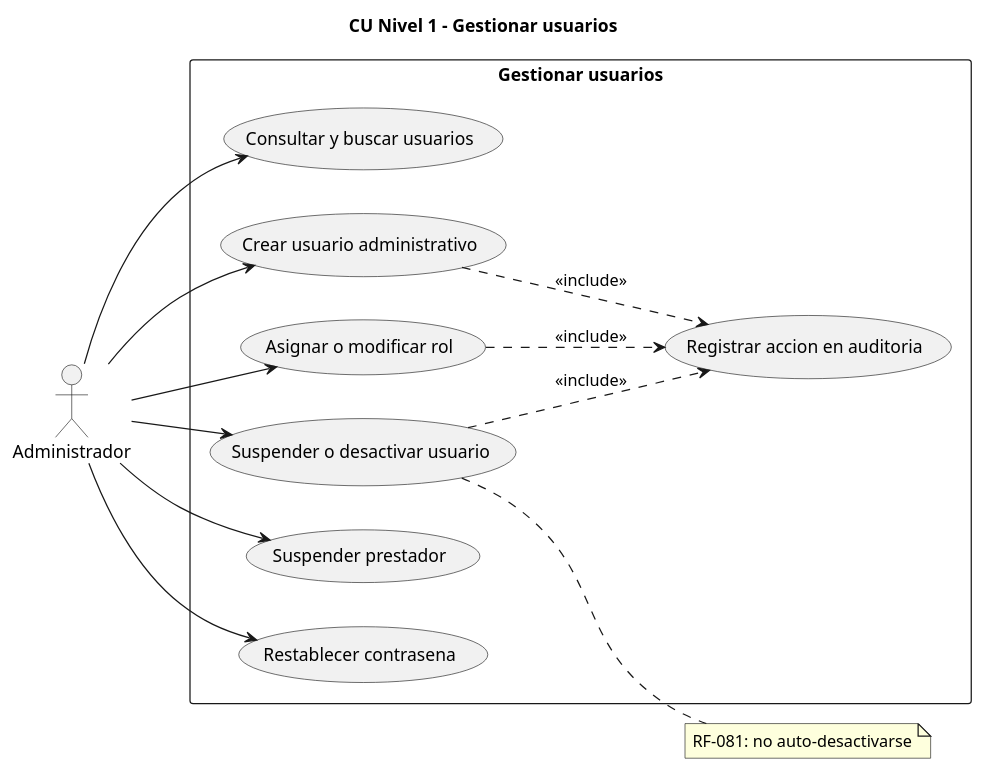
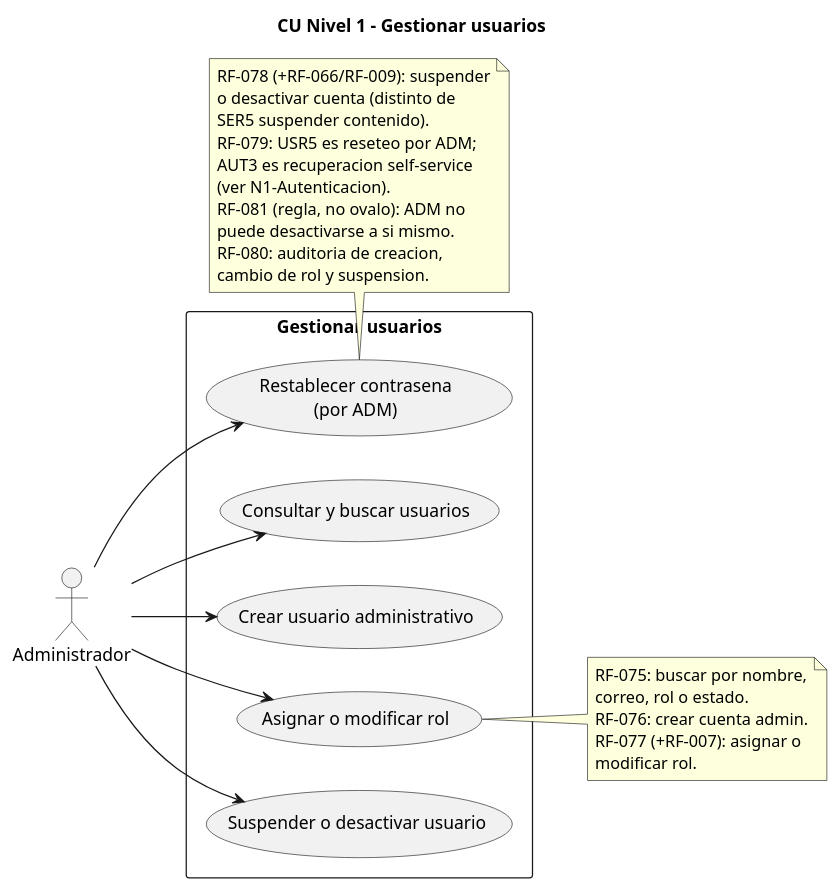
One commit to sebastianCavadia/turismo-santa-marta changed the diagram in docs/02_requisitos/puml/cu-n1-usuarios.puml. Above: the diagram before and after it, drawn with PlantUML. The commit also changed 33 other files, not shown here.

```diff
--- a/docs/02_requisitos/puml/cu-n1-usuarios.puml
+++ b/docs/02_requisitos/puml/cu-n1-usuarios.puml
@@ -1,32 +1,46 @@
 @startuml CU-N1-Usuarios
-' Nivel 1 - Expande: Gestionar usuarios
+' Nivel 1 - Expande: Gestionar usuarios (CU_U)
+' Trazabilidad: RF-075..081 (+RF-007, RF-066 cuenta).
+' Correcciones: auditoria es postcondicion (no CU);
+' U5 duplicado se fusiona en USR4; recuperacion self-service va en AUT.
 title CU Nivel 1 - Gestionar usuarios
 left to right direction
 
 actor "Administrador" as ADM
 
 rectangle "Gestionar usuarios" {
-  usecase "Consultar y buscar usuarios" as U1
-  usecase "Crear usuario administrativo" as U2
-  usecase "Asignar o modificar rol" as U3
-  usecase "Suspender o desactivar usuario" as U4
-  usecase "Suspender prestador" as U5
-  usecase "Restablecer contrasena" as U6
-  usecase "Registrar accion en auditoria" as U7
+  usecase "Consultar y buscar usuarios" as USR1
+  usecase "Crear usuario administrativo" as USR2
+  usecase "Asignar o modificar rol" as USR3
+  usecase "Suspender o desactivar usuario" as USR4
+  usecase "Restablecer contrasena\n(por ADM)" as USR5
 }
 
-ADM --> U1
-ADM --> U2
-ADM --> U3
-ADM --> U4
-ADM --> U5
-ADM --> U6
+ADM --> USR1
+ADM --> USR2
+ADM --> USR3
+ADM --> USR4
+ADM --> USR5
 
-U2 ..> U7 : <<include>>
-U3 ..> U7 : <<include>>
-U4 ..> U7 : <<include>>
 
-note right of U4
-  RF-081: no auto-desactivarse
+note right of USR3
+  RF-075: buscar por nombre,
+  correo, rol o estado.
+  RF-076: crear cuenta admin.
+  RF-077 (+RF-007): asignar o
+  modificar rol.
+end note
+
+note bottom of USR5
+  RF-078 (+RF-066/RF-009): suspender
+  o desactivar cuenta (distinto de
+  SER5 suspender contenido).
+  RF-079: USR5 es reseteo por ADM;
+  AUT3 es recuperacion self-service
+  (ver N1-Autenticacion).
+  RF-081 (regla, no ovalo): ADM no
+  puede desactivarse a si mismo.
+  RF-080: auditoria de creacion,
+  cambio de rol y suspension.
 end note
 @enduml
```
